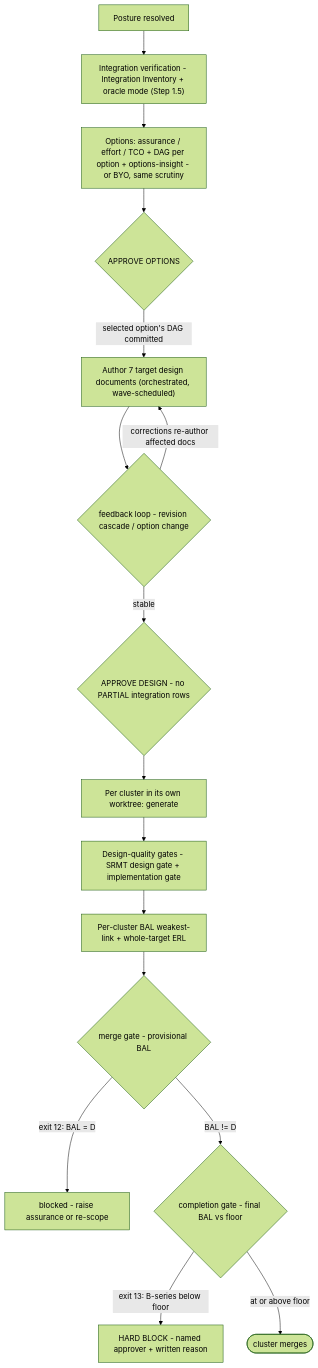
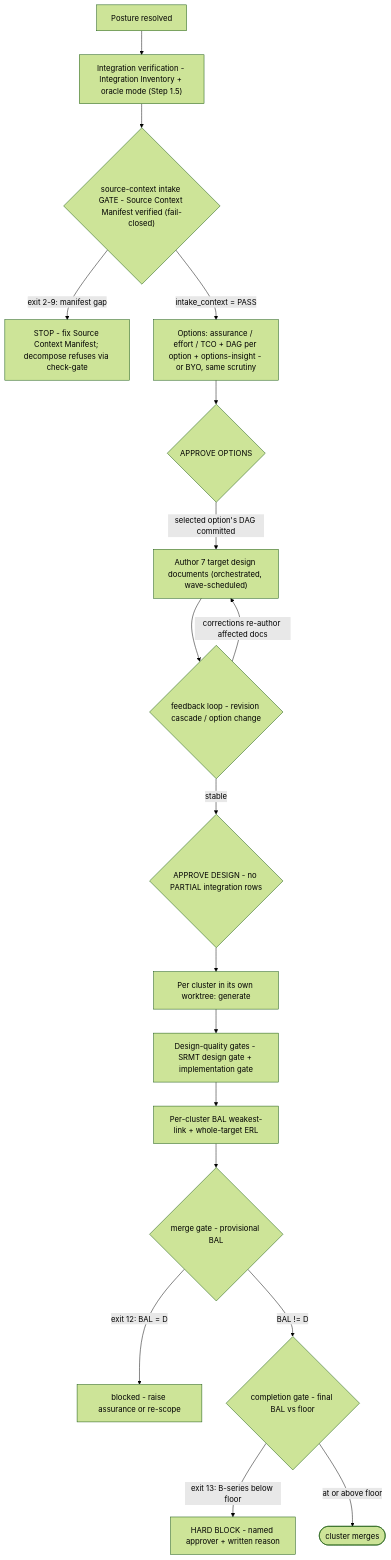
One commit to vickysrawat/AI-Assisted-development changed the second of 2 diagrams in docs/architecture/rewrite-skill.md. Above: the diagram before and after it, drawn with Mermaid (forest theme). The commit also changed other lines of this file and 30 other files, not shown here.

````diff
--- a/docs/architecture/rewrite-skill.md
+++ b/docs/architecture/rewrite-skill.md
@@ -90,18 +91,20 @@
 ```mermaid
 flowchart TB
     A["Posture resolved"] --> IV["Integration verification - Integration Inventory + oracle mode (Step 1.5)"]
-    IV --> B["Options: assurance / effort / TCO + DAG per option + options-insight - or BYO, same scrutiny"]
+    IV --> IG{"source-context intake GATE - Source Context Manifest verified (fail-closed)"}
+    IG -->|"exit 2-9: manifest gap"| IGB["STOP - fix Source Context Manifest; decompose refuses via check-gate"]
+    IG -->|"intake_context = PASS"| B["Options: assurance / effort / TCO + DAG per option + options-insight - or BYO, same scrutiny"]
     B --> AO{"APPROVE OPTIONS"}
     AO -->|"selected option's DAG committed"| TD["Author 7 target design documents (orchestrated, wave-scheduled)"]
     TD --> FB{"feedback loop - revision cascade / option change"}
     FB -->|"corrections re-author affected docs"| TD
     FB -->|"stable"| AD{"APPROVE DESIGN - no PARTIAL integration rows"}
     AD --> E["Per cluster in its own worktree: generate"]
     E --> F["Design-quality gates - SRMT design gate + implementation gate"]
     F --> G["Per-cluster BAL weakest-link + whole-target ERL"]
     G --> H{"merge gate - provisional BAL"}
     H -->|"exit 12: BAL = D"| HB["blocked - raise assurance or re-scope"]
     H -->|"BAL != D"| I{"completion gate - final BAL vs floor"}
     I -->|"exit 13: B-series below floor"| CB["HARD BLOCK - named approver + written reason"]
     I -->|"at or above floor"| DONE(["cluster merges"])
 ```
````
